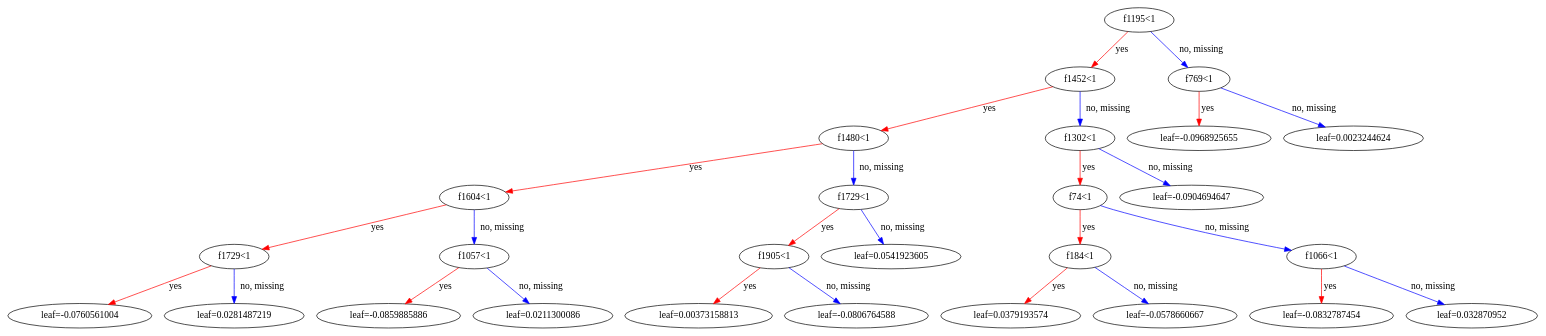
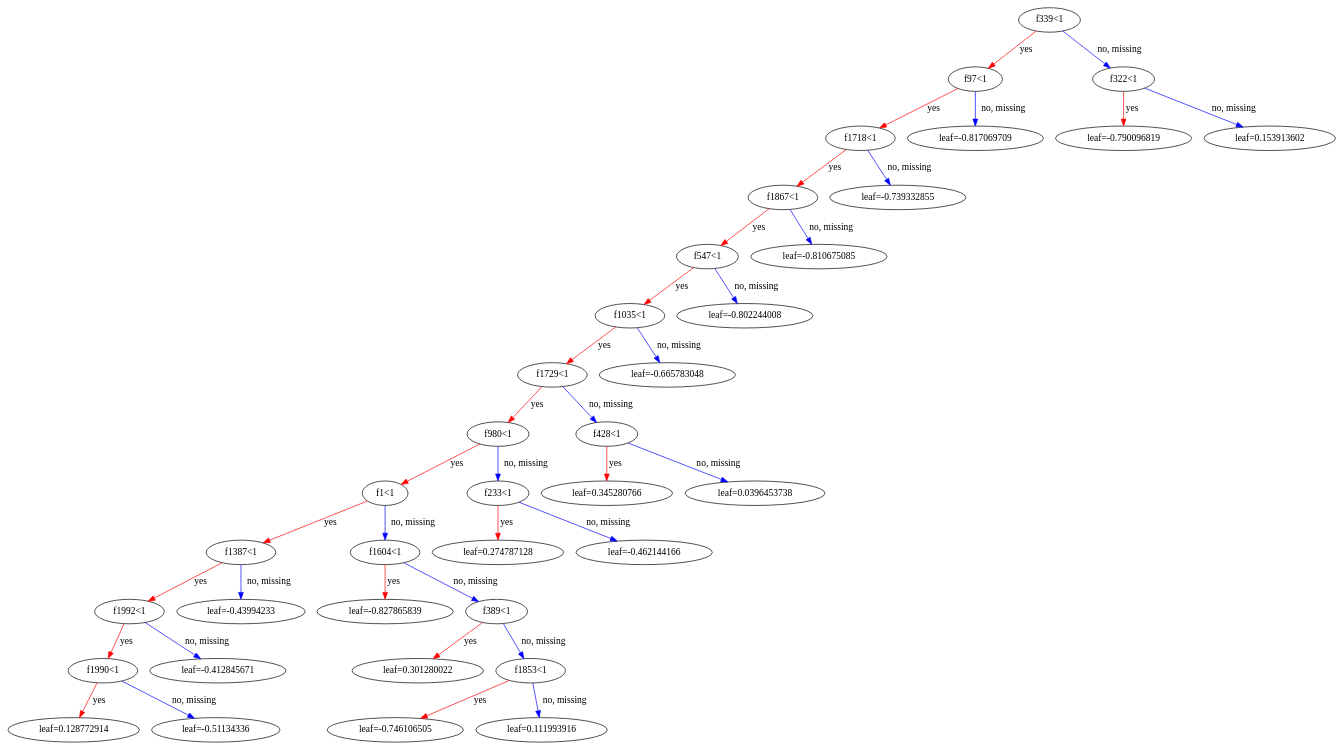
Before and after one commit to Chaitanya1104/Alzehemier-Drug-Protein-interaction: the diagram in output/Proteins/O00519/O00519_pareto_cv_balanced_accuracy/xgboost_tree.dot, drawn with Graphviz. The commit also changed 1288 other files, not shown here.

```diff
--- a/output/Proteins/O00519/O00519_pareto_cv_balanced_accuracy/xgboost_tree.dot
+++ b/output/Proteins/O00519/O00519_pareto_cv_balanced_accuracy/xgboost_tree.dot
@@ -1,83 +1,113 @@
 digraph {
     graph [ rankdir=TB ]
 
-    0 [ label="f1195<1" ]
+    0 [ label="f339<1" ]
     0 -> 1 [label="yes" color="#FF0000"]
     0 -> 2 [label="no, missing" color="#0000FF"]
 
-    1 [ label="f1452<1" ]
+    1 [ label="f97<1" ]
     1 -> 3 [label="yes" color="#FF0000"]
     1 -> 4 [label="no, missing" color="#0000FF"]
 
-    3 [ label="f1480<1" ]
+    3 [ label="f1718<1" ]
     3 -> 7 [label="yes" color="#FF0000"]
     3 -> 8 [label="no, missing" color="#0000FF"]
 
-    7 [ label="f1604<1" ]
-    7 -> 11 [label="yes" color="#FF0000"]
-    7 -> 12 [label="no, missing" color="#0000FF"]
+    7 [ label="f1867<1" ]
+    7 -> 9 [label="yes" color="#FF0000"]
+    7 -> 10 [label="no, missing" color="#0000FF"]
 
-    11 [ label="f1729<1" ]
-    11 -> 17 [label="yes" color="#FF0000"]
-    11 -> 18 [label="no, missing" color="#0000FF"]
+    9 [ label="f547<1" ]
+    9 -> 11 [label="yes" color="#FF0000"]
+    9 -> 12 [label="no, missing" color="#0000FF"]
 
-    17 [ label="leaf=-0.0760561004" ]
+    11 [ label="f1035<1" ]
+    11 -> 13 [label="yes" color="#FF0000"]
+    11 -> 14 [label="no, missing" color="#0000FF"]
 
-    18 [ label="leaf=0.0281487219" ]
+    13 [ label="f1729<1" ]
+    13 -> 15 [label="yes" color="#FF0000"]
+    13 -> 16 [label="no, missing" color="#0000FF"]
 
-    12 [ label="f1057<1" ]
-    12 -> 19 [label="yes" color="#FF0000"]
-    12 -> 20 [label="no, missing" color="#0000FF"]
+    15 [ label="f980<1" ]
+    15 -> 17 [label="yes" color="#FF0000"]
+    15 -> 18 [label="no, missing" color="#0000FF"]
 
-    19 [ label="leaf=-0.0859885886" ]
+    17 [ label="f1<1" ]
+    17 -> 21 [label="yes" color="#FF0000"]
+    17 -> 22 [label="no, missing" color="#0000FF"]
 
-    20 [ label="leaf=0.0211300086" ]
+    21 [ label="f1387<1" ]
+    21 -> 25 [label="yes" color="#FF0000"]
+    21 -> 26 [label="no, missing" color="#0000FF"]
 
-    8 [ label="f1729<1" ]
-    8 -> 13 [label="yes" color="#FF0000"]
-    8 -> 14 [label="no, missing" color="#0000FF"]
+    25 [ label="f1992<1" ]
+    25 -> 29 [label="yes" color="#FF0000"]
+    25 -> 30 [label="no, missing" color="#0000FF"]
 
-    13 [ label="f1905<1" ]
-    13 -> 21 [label="yes" color="#FF0000"]
-    13 -> 22 [label="no, missing" color="#0000FF"]
+    29 [ label="f1990<1" ]
+    29 -> 33 [label="yes" color="#FF0000"]
+    29 -> 34 [label="no, missing" color="#0000FF"]
 
-    21 [ label="leaf=0.00373158813" ]
+    33 [ label="leaf=0.128772914" ]
 
-    22 [ label="leaf=-0.0806764588" ]
+    34 [ label="leaf=-0.51134336" ]
 
-    14 [ label="leaf=0.0541923605" ]
+    30 [ label="leaf=-0.412845671" ]
 
-    4 [ label="f1302<1" ]
-    4 -> 9 [label="yes" color="#FF0000"]
-    4 -> 10 [label="no, missing" color="#0000FF"]
+    26 [ label="leaf=-0.43994233" ]
 
-    9 [ label="f74<1" ]
-    9 -> 15 [label="yes" color="#FF0000"]
-    9 -> 16 [label="no, missing" color="#0000FF"]
+    22 [ label="f1604<1" ]
+    22 -> 27 [label="yes" color="#FF0000"]
+    22 -> 28 [label="no, missing" color="#0000FF"]
 
-    15 [ label="f184<1" ]
-    15 -> 23 [label="yes" color="#FF0000"]
-    15 -> 24 [label="no, missing" color="#0000FF"]
+    27 [ label="leaf=-0.827865839" ]
 
-    23 [ label="leaf=0.0379193574" ]
+    28 [ label="f389<1" ]
+    28 -> 31 [label="yes" color="#FF0000"]
+    28 -> 32 [label="no, missing" color="#0000FF"]
 
-    24 [ label="leaf=-0.0578660667" ]
+    31 [ label="leaf=0.301280022" ]
 
-    16 [ label="f1066<1" ]
-    16 -> 25 [label="yes" color="#FF0000"]
-    16 -> 26 [label="no, missing" color="#0000FF"]
+    32 [ label="f1853<1" ]
+    32 -> 35 [label="yes" color="#FF0000"]
+    32 -> 36 [label="no, missing" color="#0000FF"]
 
-    25 [ label="leaf=-0.0832787454" ]
+    35 [ label="leaf=-0.746106505" ]
 
-    26 [ label="leaf=0.032870952" ]
+    36 [ label="leaf=0.111993916" ]
 
-    10 [ label="leaf=-0.0904694647" ]
+    18 [ label="f233<1" ]
+    18 -> 23 [label="yes" color="#FF0000"]
+    18 -> 24 [label="no, missing" color="#0000FF"]
 
-    2 [ label="f769<1" ]
+    23 [ label="leaf=0.274787128" ]
+
+    24 [ label="leaf=-0.462144166" ]
+
+    16 [ label="f428<1" ]
+    16 -> 19 [label="yes" color="#FF0000"]
+    16 -> 20 [label="no, missing" color="#0000FF"]
+
+    19 [ label="leaf=0.345280766" ]
+
+    20 [ label="leaf=0.0396453738" ]
+
+    14 [ label="leaf=-0.665783048" ]
+
+    12 [ label="leaf=-0.802244008" ]
+
+    10 [ label="leaf=-0.810675085" ]
+
+    8 [ label="leaf=-0.739332855" ]
+
+    4 [ label="leaf=-0.817069709" ]
+
+    2 [ label="f322<1" ]
     2 -> 5 [label="yes" color="#FF0000"]
     2 -> 6 [label="no, missing" color="#0000FF"]
 
-    5 [ label="leaf=-0.0968925655" ]
+    5 [ label="leaf=-0.790096819" ]
 
-    6 [ label="leaf=0.0023244624" ]
+    6 [ label="leaf=0.153913602" ]
 }
```
